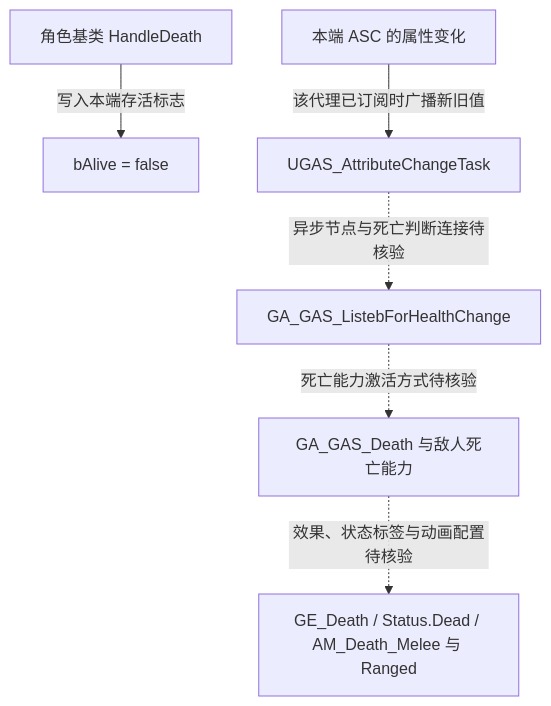
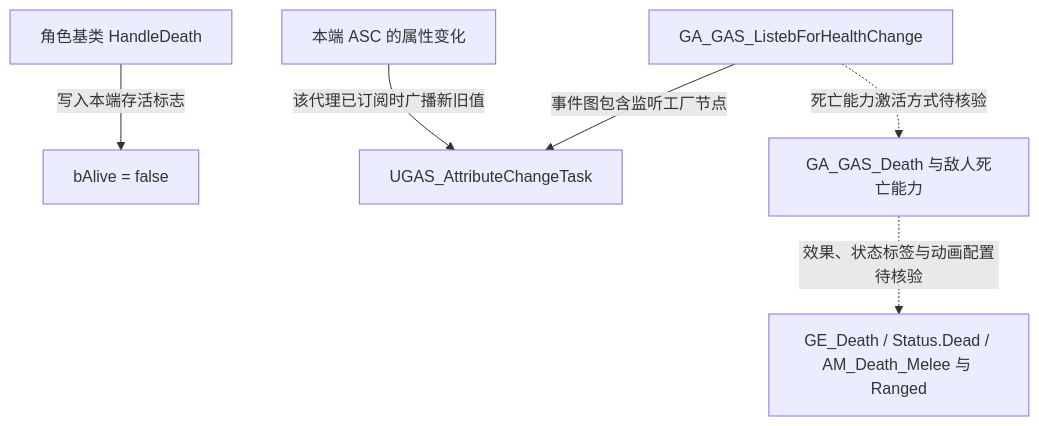
The fifth of 5 diagrams in Characters/CharacterBase.md (xuelongdev/GAS_StudyNotes), drawn with Mermaid before and after one commit. The commit also changed other lines of this file and 14 other files, not shown here.

````diff
--- a/Characters/CharacterBase.md
+++ b/Characters/CharacterBase.md
@@ -145,8 +145,8 @@
 ```mermaid
 flowchart TD
     base["角色基类 HandleDeath"] -->|"写入本端存活标志"| alive["bAlive = false"]
     asc["本端 ASC 的属性变化"] -->|"该代理已订阅时广播新旧值"| task["UGAS_AttributeChangeTask"]
-    task -.->|"异步节点与死亡判断连接待核验"| listen["GA_GAS_ListebForHealthChange"]
+    listen["GA_GAS_ListebForHealthChange"] -->|"事件图包含监听工厂节点"| task
     listen -.->|"死亡能力激活方式待核验"| abilities["GA_GAS_Death 与敌人死亡能力"]
     abilities -.->|"效果、状态标签与动画配置待核验"| assets["GE_Death / Status.Dead / AM_Death_Melee 与 Ranged"]
 ```
````
